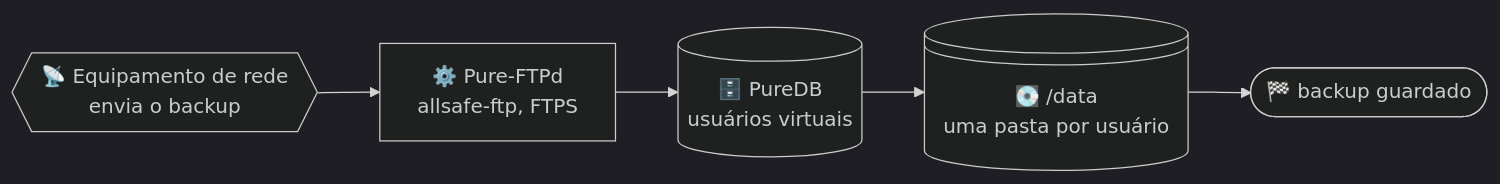
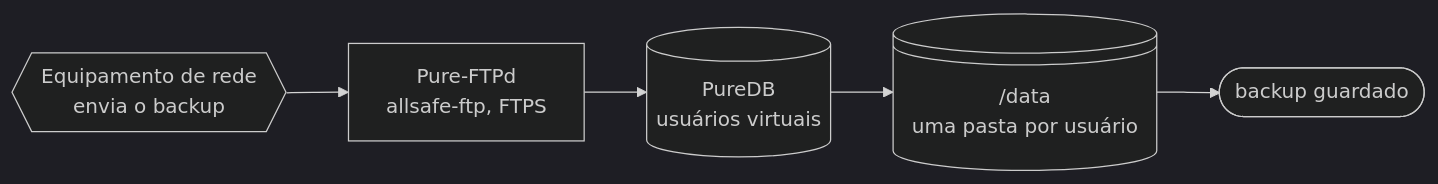
The diagram in doc/diagramas/visao-geral-diagrama.mmd (CarlosSuporteISP/allsafe-ftp-stack), drawn with Mermaid before and after one commit. The commit also changed 26 other files, not shown here.

First line of the commit message:
docs: diagramas sem emoji para a página abrir mais rápido (v0.5.1)

```diff
--- a/doc/diagramas/visao-geral-diagrama.mmd
+++ b/doc/diagramas/visao-geral-diagrama.mmd
@@ -1,9 +1,9 @@
 %%{init: {"theme": "dark"}}%%
 flowchart LR
-    equip@{ shape: hex, label: "📡 Equipamento de rede<br>envia o backup" }
-    ftp@{ shape: rect, label: "⚙️ Pure-FTPd<br>allsafe-ftp, FTPS" }
-    puredb@{ shape: cyl, label: "🗄️ PureDB<br>usuários virtuais" }
-    dados@{ shape: lin-cyl, label: "💽 /data<br>uma pasta por usuário" }
-    fim@{ shape: stadium, label: "🏁 backup guardado" }
+    equip@{ shape: hex, label: "Equipamento de rede<br>envia o backup" }
+    ftp@{ shape: rect, label: "Pure-FTPd<br>allsafe-ftp, FTPS" }
+    puredb@{ shape: cyl, label: "PureDB<br>usuários virtuais" }
+    dados@{ shape: lin-cyl, label: "/data<br>uma pasta por usuário" }
+    fim@{ shape: stadium, label: "backup guardado" }
 
     equip --> ftp --> puredb --> dados --> fim
```
